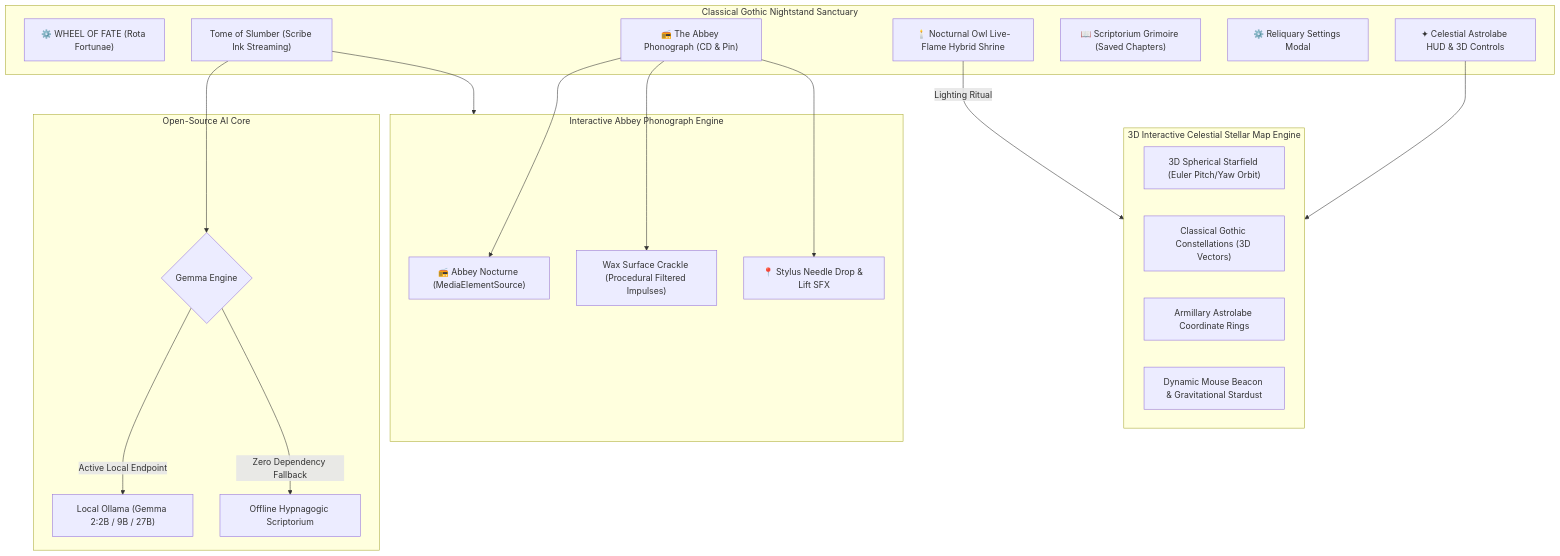
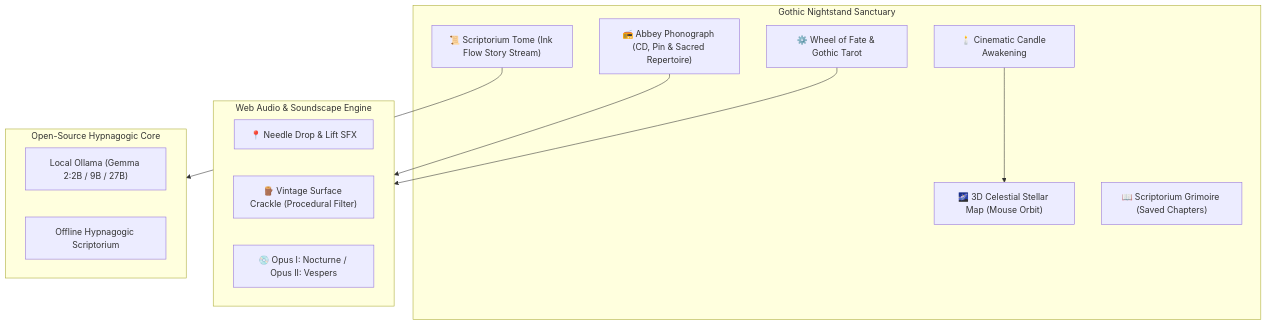
The diagram in README.md (XiaoArnav/complineapp), drawn with Mermaid before and after one commit. The commit also changed other lines of this file, not shown here.

````diff
--- a/README.md
+++ b/README.md
@@ -61,41 +32,27 @@
 ```mermaid
 flowchart TD
-    subgraph UI ["Classical Gothic Nightstand Sanctuary"]
-        RW["⚙️ WHEEL OF FATE (Rota Fortunae)"]
-        TS["Tome of Slumber (Scribe Ink Streaming)"]
-        PH["📻 The Abbey Phonograph (CD & Pin)"]
-        CS["🕯️ Nocturnal Owl Live-Flame Hybrid Shrine"]
-        GR["📖 Scriptorium Grimoire (Saved Chapters)"]
-        SET["⚙️ Reliquary Settings Modal"]
-        AST["✦ Celestial Astrolabe HUD & 3D Controls"]
+    subgraph Client ["Gothic Nightstand Sanctuary"]
+        Intro["🕯️ Cinematic Candle Awakening"]
+        Stars["🌌 3D Celestial Stellar Map (Mouse Orbit)"]
+        Tome["📜 Scriptorium Tome (Ink Flow Story Stream)"]
+        Phono["📻 Abbey Phonograph (CD, Pin & Sacred Repertoire)"]
+        Wheel["⚙️ Wheel of Fate & Gothic Tarot"]
+        Grimoire["📖 Scriptorium Grimoire (Saved Chapters)"]
     end
 
-    subgraph StellarEngine ["3D Interactive Celestial Stellar Map Engine"]
-        Stars["3D Spherical Starfield (Euler Pitch/Yaw Orbit)"]
-        Constell["Classical Gothic Constellations (3D Vectors)"]
-        Astrolabe["Armillary Astrolabe Coordinate Rings"]
-        Beacons["Dynamic Mouse Beacon & Gravitational Stardust"]
+    subgraph AudioEngine ["Web Audio & Soundscape Engine"]
+        Needle["📍 Needle Drop & Lift SFX"]
+        Crackle["🪵 Vintage Surface Crackle (Procedural Filter)"]
+        Tracks["💿 Opus I: Nocturne / Opus II: Vespers"]
     end
 
-    subgraph AudioEngine ["Interactive Abbey Phonograph Engine"]
-        Nocturne["📻 Abbey Nocturne (MediaElementSource)"]
-        NeedleSFX["📍 Stylus Needle Drop & Lift SFX"]
-        Crackle["Wax Surface Crackle (Procedural Filtered Impulses)"]
-    end
-
-    subgraph AIStoryEngine ["Open-Source AI Core"]
-        Engine{"Gemma Engine"}
+    subgraph AIEngine ["Open-Source Hypnagogic Core"]
         Ollama["Local Ollama (Gemma 2:2B / 9B / 27B)"]
         Procedural["Offline Hypnagogic Scriptorium"]
     end
 
-    TS --> Engine
-    Engine -->|Active Local Endpoint| Ollama
-    Engine -->|Zero Dependency Fallback| Procedural
-    TS --> AudioEngine
-    PH --> Nocturne
-    PH --> Crackle
-    PH --> NeedleSFX
-    AST --> StellarEngine
-    CS -->|Lighting Ritual| StellarEngine
+    Intro --> Stars
+    Tome --> AIEngine
+    Phono --> AudioEngine
+    Wheel --> AudioEngine
 ```
````
